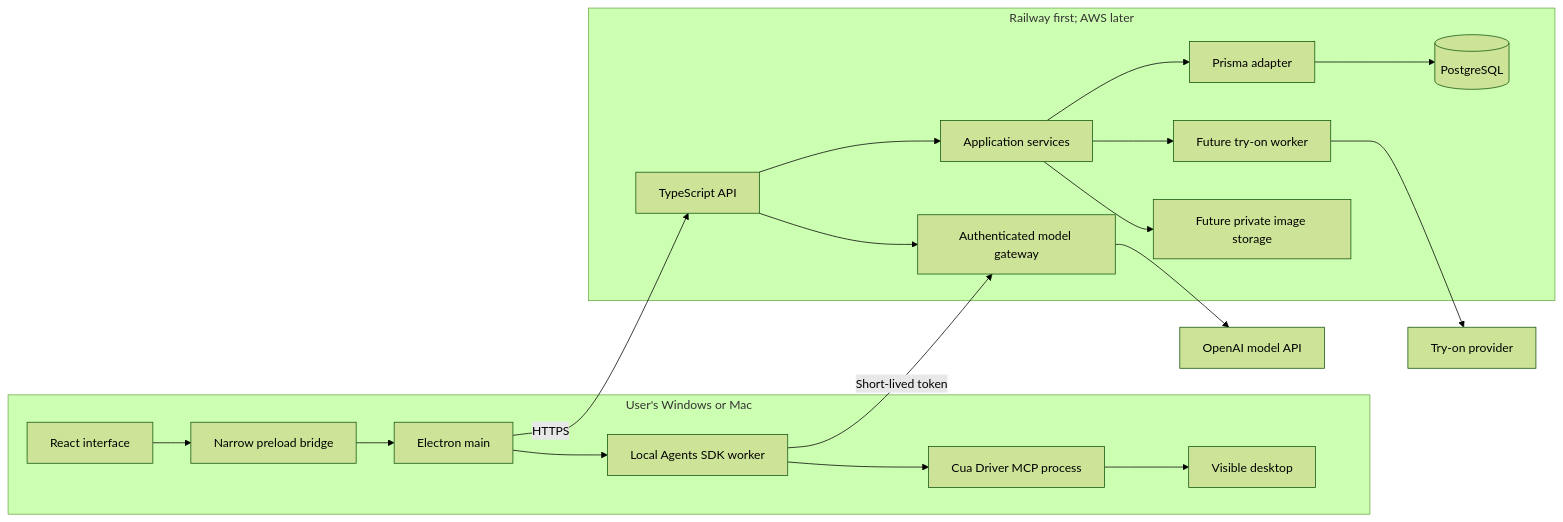
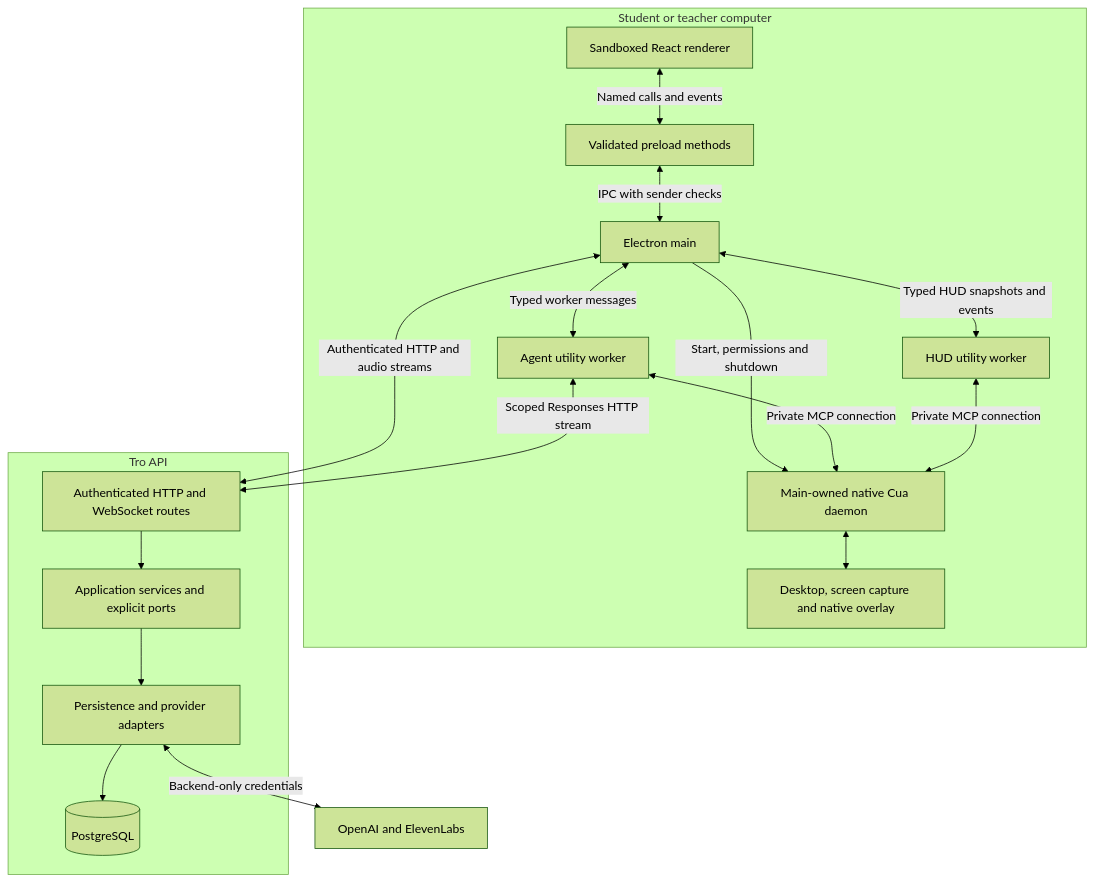
One commit to ducnguyen67201/TroApp changed the first of 5 diagrams in docs/Architecture.md. Above: the diagram before and after it, drawn with Mermaid (forest theme). The commit also changed other lines of this file and 105 other files, not shown here.

````diff
--- a/docs/Architecture.md
+++ b/docs/Architecture.md
@@ -28,21 +29,30 @@
 ```mermaid
-flowchart LR
-  subgraph User[User's Windows or Mac]
-    UI[React interface] --> PRELOAD[Narrow preload bridge]
-    PRELOAD --> MAIN[Electron main]
-    MAIN --> AGENT[Local Agents SDK worker]
-    AGENT --> MCP[Cua Driver MCP process]
-    MCP --> DESKTOP[Visible desktop]
+flowchart TB
+  subgraph Device[Student or teacher computer]
+    UI[Sandboxed React renderer]
+    Bridge[Validated preload methods]
+    Main[Electron main]
+    Task[Agent utility worker]
+    HUD[HUD utility worker]
+    Native[Main-owned native Cua daemon]
+    OS[Desktop, screen capture and native overlay]
+    UI <-->|Named calls and events| Bridge
+    Bridge <-->|IPC with sender checks| Main
+    Main <-->|Typed worker messages| Task
+    Main <-->|Typed HUD snapshots and events| HUD
+    Main -->|Start, permissions and shutdown| Native
+    Task <-->|Private MCP connection| Native
+    HUD <-->|Private MCP connection| Native
+    Native <--> OS
   end
-  subgraph Backend[Railway first; AWS later]
-    API[TypeScript API] --> SERVICE[Application services]
-    SERVICE --> DB[Prisma adapter] --> PG[(PostgreSQL)]
-    API --> GATEWAY[Authenticated model gateway]
-    SERVICE --> JOBS[Future try-on worker]
-    SERVICE --> STORAGE[Future private image storage]
+  subgraph Backend[Tro API]
+    Routes[Authenticated HTTP and WebSocket routes]
+    Services[Application services and explicit ports]
+    Adapters[Persistence and provider adapters]
+    DB[(PostgreSQL)]
+    Routes --> Services --> Adapters --> DB
   end
-  MAIN -->|HTTPS| API
-  AGENT -->|Short-lived token| GATEWAY
-  GATEWAY --> MODEL[OpenAI model API]
-  JOBS --> TRYON[Try-on provider]
+  Main <-->|Authenticated HTTP and audio streams| Routes
+  Task <-->|Scoped Responses HTTP stream| Routes
+  Adapters <-->|Backend-only credentials| Providers[OpenAI and ElevenLabs]
 ```
````
